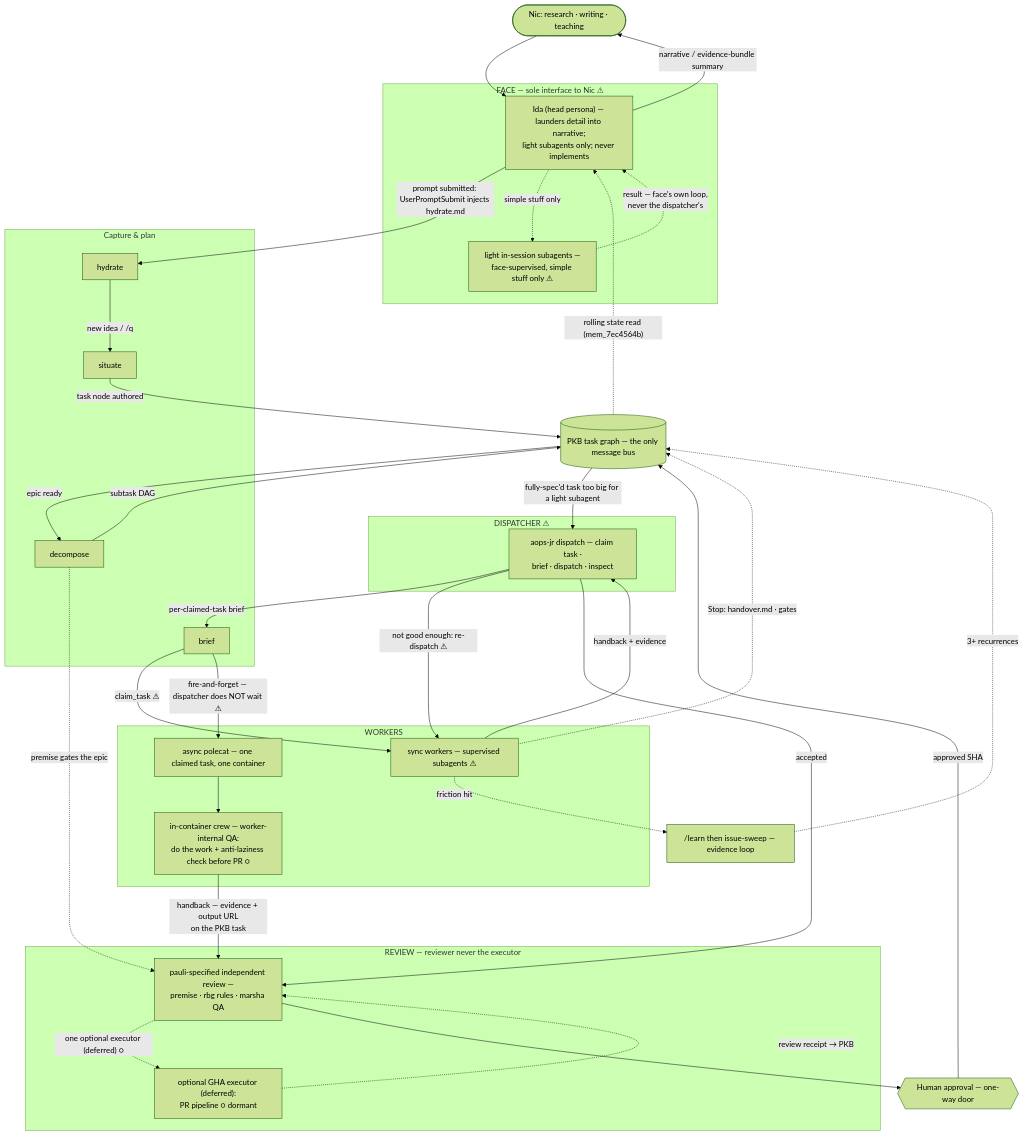
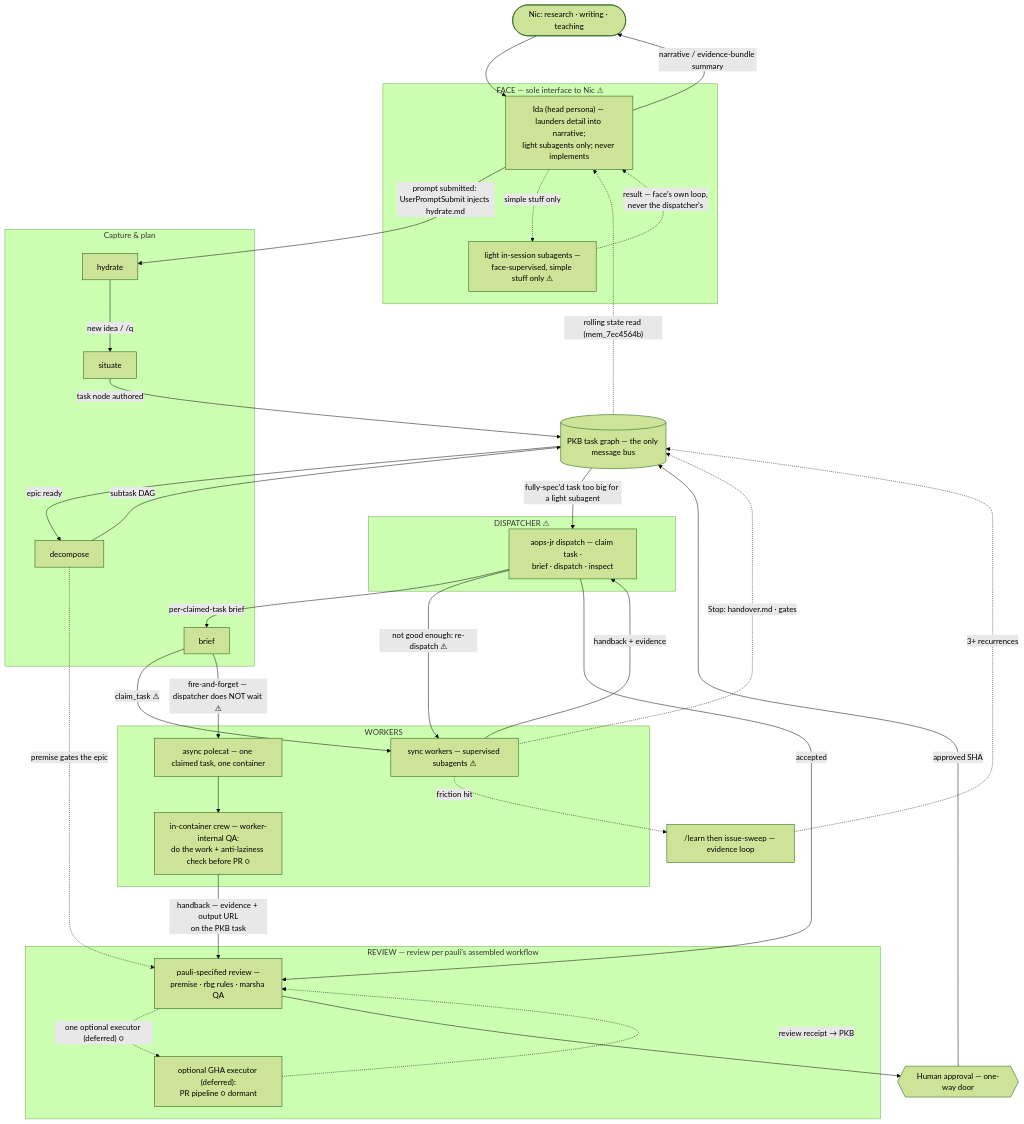
One commit to nicsuzor/academicOps changed the diagram in specs/FLOW-MAP.md. Above: the diagram before and after it, drawn with Mermaid (forest theme). The commit also changed other lines of this file and 5 other files, not shown here.

Commit message:
docs(specs): de-emphasise review-independence per 2026-07-19 ruling

````diff
--- a/specs/FLOW-MAP.md
+++ b/specs/FLOW-MAP.md
@@ -74,64 +73,64 @@
 ```mermaid
 flowchart TD
     NIC(["Nic: research · writing · teaching"])
 
     subgraph FACE["FACE — sole interface to Nic ⚠"]
         IDA["Ida (head persona) — launders detail into narrative;<br/>light subagents only; never implements"]
         LIGHT["light in-session subagents —<br/>face-supervised, simple stuff only ⚠"]
     end
 
     subgraph CAP["Capture & plan"]
         HYD["hydrate"]
         SIT["situate"]
         DEC["decompose"]
         BRF["brief"]
     end
 
     PKB[("PKB task graph — the only message bus")]
 
     subgraph DISP["DISPATCHER ⚠"]
         JRD["aops-jr dispatch — claim task ·<br/>brief · dispatch · inspect"]
     end
 
     subgraph WORK["WORKERS"]
         SYNC["sync workers — supervised subagents ⚠"]
         POLE["async polecat — one claimed task, one container"]
         CREW["in-container crew — worker-internal QA:<br/>do the work + anti-laziness check before PR ○"]
     end
 
-    subgraph REV["REVIEW — reviewer never the executor"]
-        SREV["pauli-specified independent review —<br/>premise · rbg rules · marsha QA"]
+    subgraph REV["REVIEW — review per pauli's assembled workflow"]
+        SREV["pauli-specified review —<br/>premise · rbg rules · marsha QA"]
         GHA["optional GHA executor (deferred):<br/>PR pipeline ○ dormant"]
     end
 
     HUM{{"Human approval — one-way door"}}
     LEARN["/learn then issue-sweep — evidence loop"]
 
     NIC --> IDA
     IDA -->|"prompt submitted: UserPromptSubmit injects hydrate.md"| HYD
     HYD -->|"new idea / /q"| SIT
     SIT -->|"task node authored"| PKB
     PKB -->|"epic ready"| DEC
     DEC -->|"subtask DAG"| PKB
     DEC -.->|"premise gates the epic"| SREV
     PKB -->|"fully-spec'd task too big for a light subagent"| JRD
     IDA -.->|"simple stuff only"| LIGHT
     LIGHT -.->|"result — face's own loop,<br/>never the dispatcher's"| IDA
     JRD -->|"per-claimed-task brief"| BRF
     BRF -->|"claim_task ⚠"| SYNC
     BRF -->|"fire-and-forget — dispatcher does NOT wait ⚠"| POLE
     POLE --> CREW
     SYNC -->|"handback + evidence"| JRD
     JRD -->|"not good enough: re-dispatch ⚠"| SYNC
     JRD -->|"accepted"| SREV
     CREW -->|"handback — evidence + output URL<br/>on the PKB task"| SREV
     SREV -.->|"one optional executor (deferred) ○"| GHA
     GHA -.->|"review receipt → PKB"| SREV
     SREV --> HUM
     HUM -->|"approved SHA"| PKB
     PKB -.->|"rolling state read (mem_7ec4564b)"| IDA
     IDA -->|"narrative / evidence-bundle summary"| NIC
     SYNC -.->|"Stop: handover.md · gates"| PKB
     SYNC -.->|"friction hit"| LEARN
     LEARN -.->|"3+ recurrences"| PKB
 ```
````
